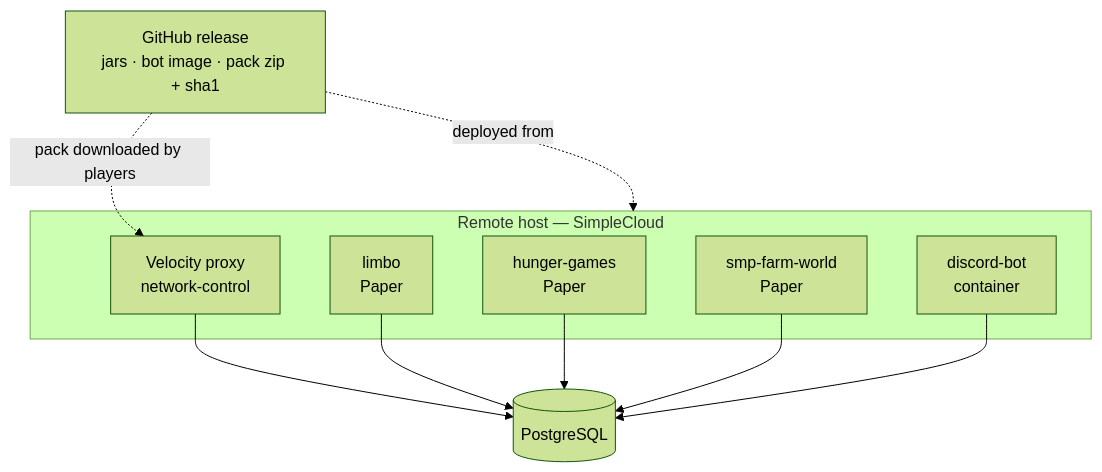
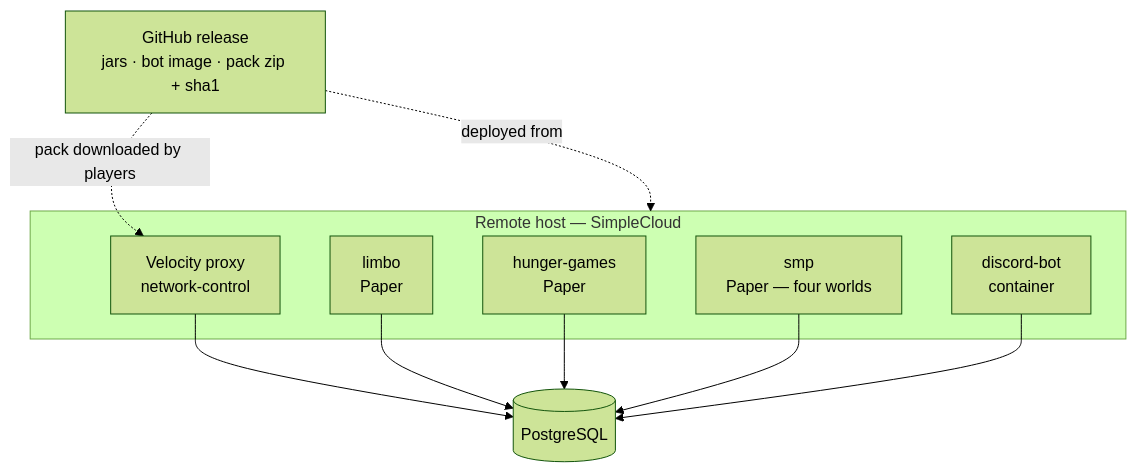
One commit to nordtal/season-2 changed the diagram in docs/operations.md. Above: the diagram before and after it, drawn with Mermaid (forest theme). The commit also changed other lines of this file and 7 other files, not shown here.

````diff
--- a/docs/operations.md
+++ b/docs/operations.md
@@ -7,20 +7,20 @@
 ```mermaid
 flowchart TB
     subgraph host["Remote host — SimpleCloud"]
         PX["Velocity proxy<br/>network-control"]
         LBS["limbo<br/>Paper"]
         HGS["hunger-games<br/>Paper"]
-        SMPS["smp-farm-world<br/>Paper"]
+        SMPS["smp<br/>Paper — four worlds"]
         BOTC["discord-bot<br/>container"]
     end
     PGSQL[("PostgreSQL")]
     GHR["GitHub release<br/>jars · bot image · pack zip + sha1"]
 
     PX --> PGSQL
     LBS --> PGSQL
     HGS --> PGSQL
     SMPS --> PGSQL
     BOTC --> PGSQL
     GHR -.->|"deployed from"| host
     GHR -.->|"pack downloaded by players"| PX
 ```
````
